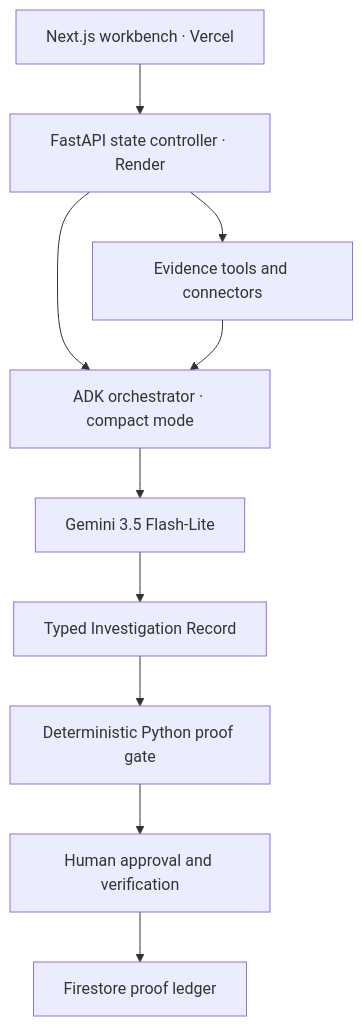
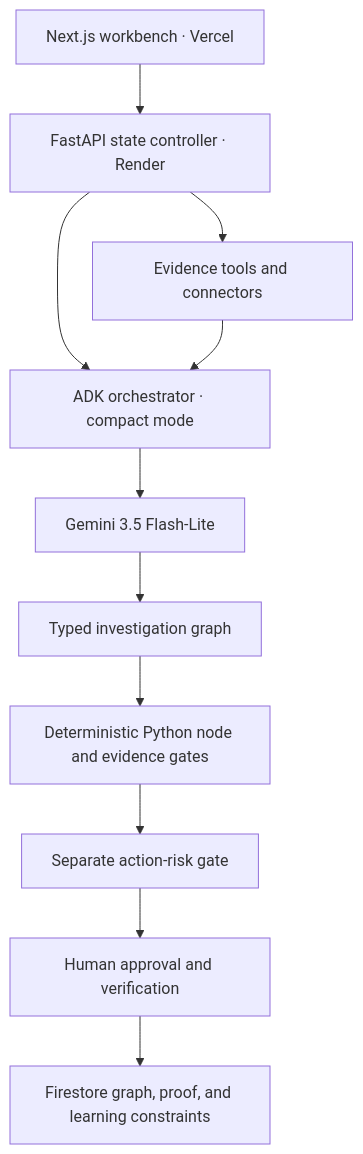
Before and after one commit to vivienk/proofloop: the second of 2 diagrams in ARCHITECTURE.md, drawn with Mermaid. The commit also changed other lines of this file and 8 other files, not shown here.

Commit message:
Add RED GREEN investigation graph loops

````diff
--- a/ARCHITECTURE.md
+++ b/ARCHITECTURE.md
@@ -31,12 +46,13 @@
 ```mermaid
 flowchart TD
     A["Next.js workbench · Vercel"] --> B["FastAPI state controller · Render"]
     B --> C["ADK orchestrator · compact mode"]
     C --> D["Gemini 3.5 Flash-Lite"]
     B --> E["Evidence tools and connectors"]
     E --> C
-    D --> F["Typed Investigation Record"]
-    F --> G["Deterministic Python proof gate"]
-    G --> H["Human approval and verification"]
-    H --> I["Firestore proof ledger"]
+    D --> F["Typed investigation graph"]
+    F --> G["Deterministic Python node and evidence gates"]
+    G --> H["Separate action-risk gate"]
+    H --> I["Human approval and verification"]
+    I --> J["Firestore graph, proof, and learning constraints"]
 ```
````
